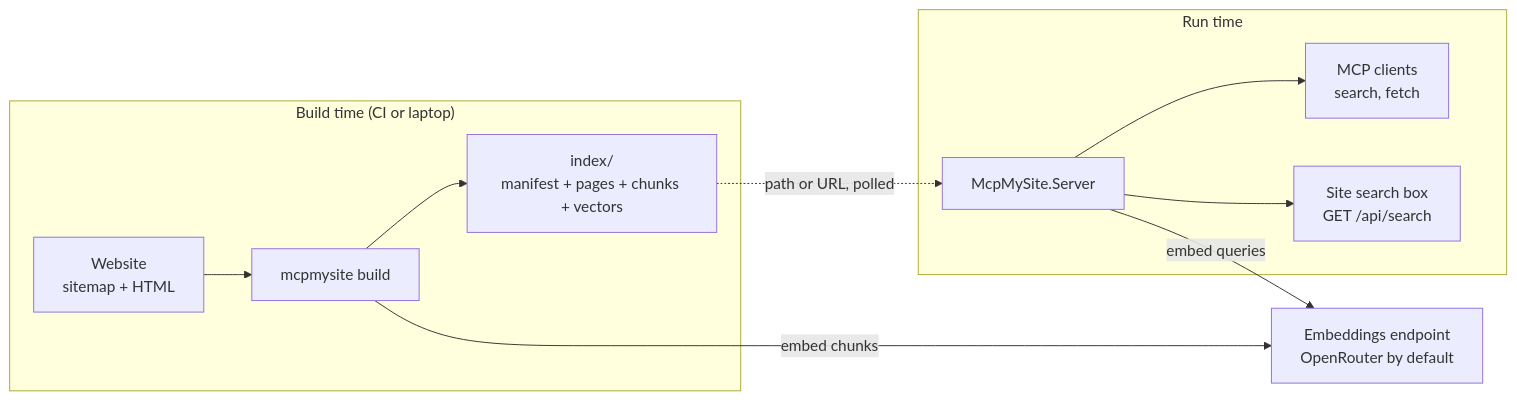
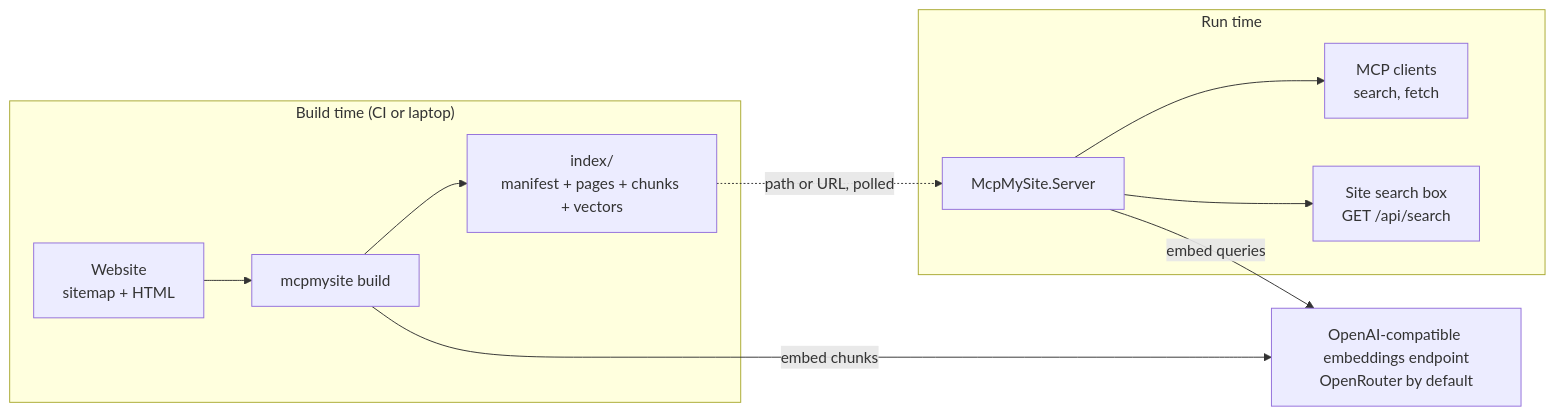
One commit to pournasserian/mcp-my-site changed the first of 11 diagrams in docs/architecture.md. Above: the diagram before and after it, drawn with Mermaid. The commit also changed 6 other files, not shown here.

````diff
--- a/docs/architecture.md
+++ b/docs/architecture.md
@@ -31,17 +31,17 @@
 ```mermaid
 flowchart LR
     subgraph Build["Build time (CI or laptop)"]
         Site["Website<br/>sitemap + HTML"] --> Indexer["mcpmysite build"]
         Indexer --> Index["index/<br/>manifest + pages + chunks + vectors"]
     end
 
     subgraph Run["Run time"]
         Index -. "path or URL, polled" .-> Server["McpMySite.Server"]
         Server --> MCP["MCP clients<br/>search, fetch"]
         Server --> API["Site search box<br/>GET /api/search"]
     end
 
-    Embed["Embeddings endpoint<br/>OpenRouter by default"]
+    Embed["OpenAI-compatible embeddings endpoint<br/>OpenRouter by default"]
     Indexer -- "embed chunks" --> Embed
     Server -- "embed queries" --> Embed
 ```
````
